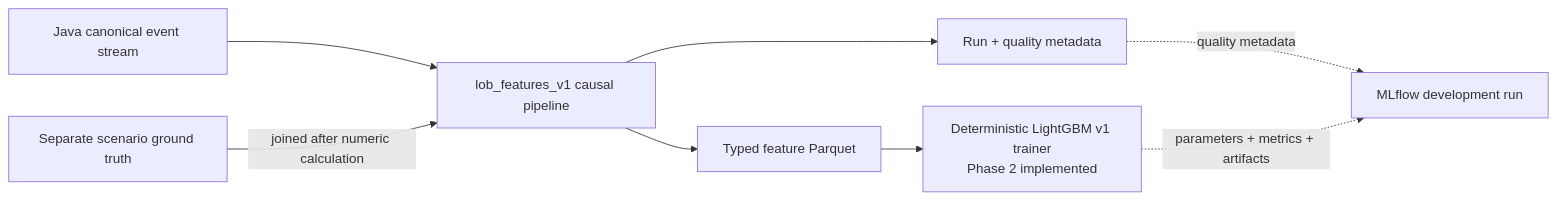
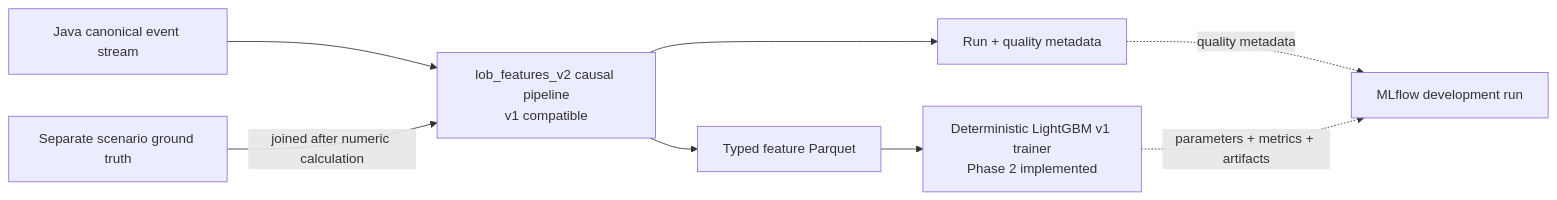
Before and after one commit to khab40/lob-arena: the third of 8 diagrams in docs/architecture.md, drawn with Mermaid. The commit also changed other lines of this file and 34 other files, not shown here.

Commit message:
feat(ml): add governed float32 feature schema v2

````diff
--- a/docs/architecture.md
+++ b/docs/architecture.md
@@ -166,18 +166,18 @@
 ```mermaid
 graph LR
     Canonical["Java canonical event stream"]
-    Feature["lob_features_v1 causal pipeline"]
+    Feature["lob_features_v2 causal pipeline<br/>v1 compatible"]
     Truth["Separate scenario ground truth"]
     Parquet["Typed feature Parquet"]
     Quality["Run + quality metadata"]
     Trainer["Deterministic LightGBM v1 trainer<br/>Phase 2 implemented"]
     MLflow["MLflow development run"]
 
     Canonical --> Feature
     Truth -->|"joined after numeric calculation"| Feature
     Feature --> Parquet
     Feature --> Quality
     Parquet --> Trainer
     Quality -. "quality metadata" .-> MLflow
     Trainer -. "parameters + metrics + artifacts" .-> MLflow
 ```
````
